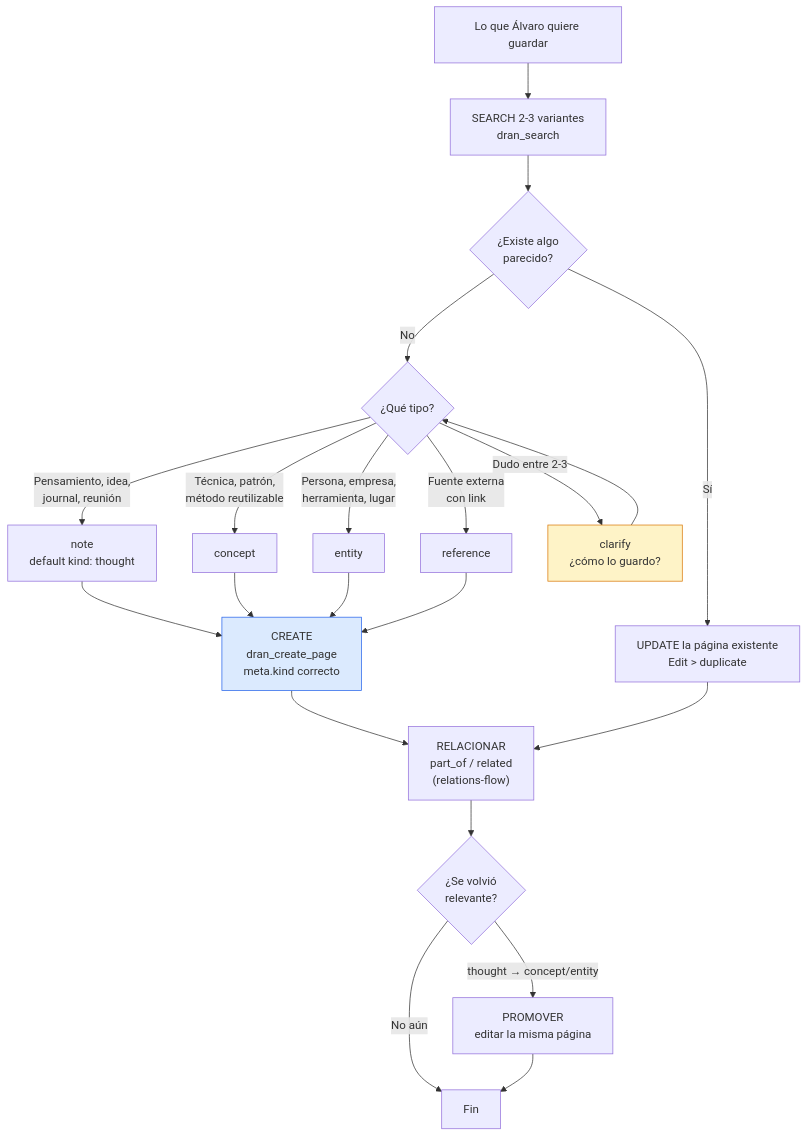
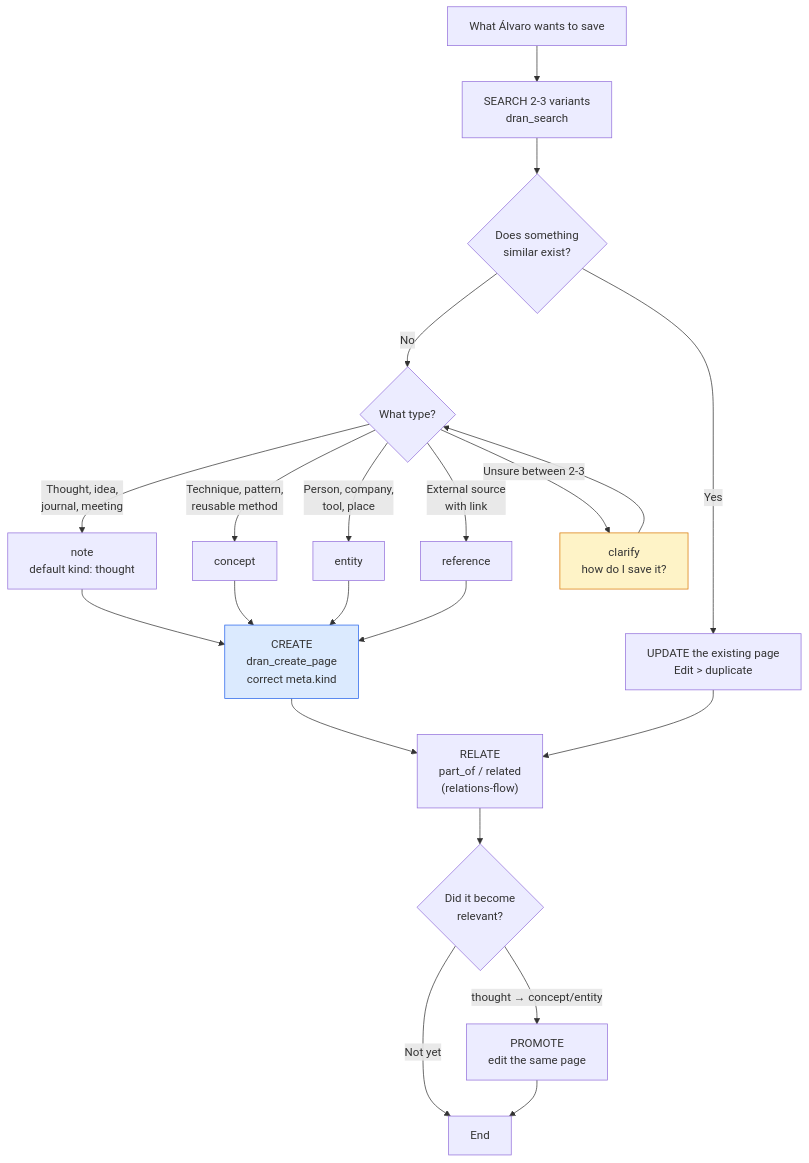
The second of 2 diagrams in skills/note-taking-flow/SKILL.md (alvarolizama/dran), drawn with Mermaid before and after one commit. The commit also changed other lines of this file and 11 other files, not shown here.

Commit message:
feat: traducir skills de dran al inglés (9 flows + dran + references)

````diff
--- a/skills/note-taking-flow/SKILL.md
+++ b/skills/note-taking-flow/SKILL.md
@@ -34,26 +34,26 @@
 ```mermaid
 flowchart TD
-  START[Lo que Álvaro quiere guardar] --> SEARCH["SEARCH 2-3 variantes\ndran_search"]
-  SEARCH --> EXISTS{¿Existe algo\nparecido?}
-  EXISTS -->|Sí| UPDATE["UPDATE la página existente\nEdit > duplicate"]
-  EXISTS -->|No| TYPE{¿Qué tipo?}
-  TYPE -->|"Pensamiento, idea,\njournal, reunión"| NOTE["note\ndefault kind: thought"]
-  TYPE -->|"Técnica, patrón,\nmétodo reutilizable"| CONCEPT[concept]
-  TYPE -->|"Persona, empresa,\nherramienta, lugar"| ENTITY[entity]
-  TYPE -->|"Fuente externa\ncon link"| REFERENCE[reference]
-  TYPE -->|"Dudo entre 2-3"| CLARIFY["clarify\n¿cómo lo guardo?"]
+  START[What Álvaro wants to save] --> SEARCH["SEARCH 2-3 variants\ndran_search"]
+  SEARCH --> EXISTS{Does something\nsimilar exist?}
+  EXISTS -->|Yes| UPDATE["UPDATE the existing page\nEdit > duplicate"]
+  EXISTS -->|No| TYPE{What type?}
+  TYPE -->|"Thought, idea,\njournal, meeting"| NOTE["note\ndefault kind: thought"]
+  TYPE -->|"Technique, pattern,\nreusable method"| CONCEPT[concept]
+  TYPE -->|"Person, company,\ntool, place"| ENTITY[entity]
+  TYPE -->|"External source\nwith link"| REFERENCE[reference]
+  TYPE -->|"Unsure between 2-3"| CLARIFY["clarify\nhow do I save it?"]
   CLARIFY --> TYPE
-  NOTE --> CREATE["CREATE\ndran_create_page\nmeta.kind correcto"]
+  NOTE --> CREATE["CREATE\ndran_create_page\ncorrect meta.kind"]
   CONCEPT --> CREATE
   ENTITY --> CREATE
   REFERENCE --> CREATE
-  CREATE --> RELATE["RELACIONAR\npart_of / related\n(relations-flow)"]
+  CREATE --> RELATE["RELATE\npart_of / related\n(relations-flow)"]
   UPDATE --> RELATE
-  RELATE --> PROMOTE{"¿Se volvió\nrelevante?"}
-  PROMOTE -->|"thought → concept/entity"| UP["PROMOVER\neditar la misma página"]
-  PROMOTE -->|No aún| DONE[Fin]
+  RELATE --> PROMOTE{"Did it become\nrelevant?"}
+  PROMOTE -->|"thought → concept/entity"| UP["PROMOTE\nedit the same page"]
+  PROMOTE -->|Not yet| DONE[End]
   UP --> DONE
 
   style CLARIFY fill:#fef3c7,stroke:#d97706
   style CREATE fill:#dbeafe,stroke:#2563eb
 ```
````
